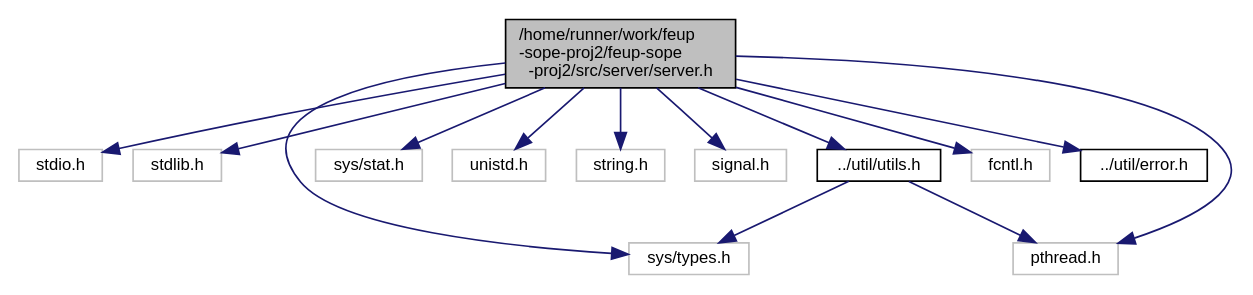
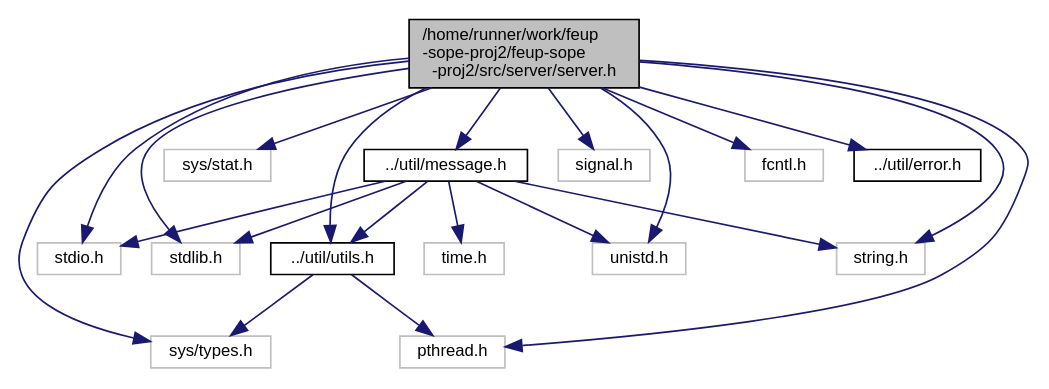
The diagram in server_8h__incl.dot (ctrlMarcio/feup-sope-proj2), drawn with Graphviz before and after one commit. The commit also changed 35 other files, not shown here.

```diff
--- a/server_8h__incl.dot
+++ b/server_8h__incl.dot
@@ -1,30 +1,39 @@
 digraph "/home/runner/work/feup-sope-proj2/feup-sope-proj2/src/server/server.h"
 {
   edge [fontname="Helvetica",fontsize="10",labelfontname="Helvetica",labelfontsize="10"];
   node [fontname="Helvetica",fontsize="10",shape=record];
   Node0 [label="/home/runner/work/feup\l-sope-proj2/feup-sope\l-proj2/src/server/server.h",height=0.2,width=0.4,color="black", fillcolor="grey75", style="filled", fontcolor="black"];
   Node0 -> Node1 [color="midnightblue",fontsize="10",style="solid",fontname="Helvetica"];
   Node1 [label="stdio.h",height=0.2,width=0.4,color="grey75", fillcolor="white", style="filled"];
   Node0 -> Node2 [color="midnightblue",fontsize="10",style="solid",fontname="Helvetica"];
   Node2 [label="stdlib.h",height=0.2,width=0.4,color="grey75", fillcolor="white", style="filled"];
   Node0 -> Node3 [color="midnightblue",fontsize="10",style="solid",fontname="Helvetica"];
   Node3 [label="sys/types.h",height=0.2,width=0.4,color="grey75", fillcolor="white", style="filled"];
   Node0 -> Node4 [color="midnightblue",fontsize="10",style="solid",fontname="Helvetica"];
   Node4 [label="sys/stat.h",height=0.2,width=0.4,color="grey75", fillcolor="white", style="filled"];
   Node0 -> Node5 [color="midnightblue",fontsize="10",style="solid",fontname="Helvetica"];
   Node5 [label="unistd.h",height=0.2,width=0.4,color="grey75", fillcolor="white", style="filled"];
   Node0 -> Node6 [color="midnightblue",fontsize="10",style="solid",fontname="Helvetica"];
   Node6 [label="string.h",height=0.2,width=0.4,color="grey75", fillcolor="white", style="filled"];
   Node0 -> Node7 [color="midnightblue",fontsize="10",style="solid",fontname="Helvetica"];
   Node7 [label="signal.h",height=0.2,width=0.4,color="grey75", fillcolor="white", style="filled"];
   Node0 -> Node8 [color="midnightblue",fontsize="10",style="solid",fontname="Helvetica"];
   Node8 [label="pthread.h",height=0.2,width=0.4,color="grey75", fillcolor="white", style="filled"];
   Node0 -> Node9 [color="midnightblue",fontsize="10",style="solid",fontname="Helvetica"];
   Node9 [label="fcntl.h",height=0.2,width=0.4,color="grey75", fillcolor="white", style="filled"];
   Node0 -> Node10 [color="midnightblue",fontsize="10",style="solid",fontname="Helvetica"];
   Node10 [label="../util/error.h",height=0.2,width=0.4,color="black", fillcolor="white", style="filled",URL="$error_8h.html",tooltip="Defines the possible errors. "];
   Node0 -> Node11 [color="midnightblue",fontsize="10",style="solid",fontname="Helvetica"];
   Node11 [label="../util/utils.h",height=0.2,width=0.4,color="black", fillcolor="white", style="filled",URL="$utils_8h_source.html"];
   Node11 -> Node3 [color="midnightblue",fontsize="10",style="solid",fontname="Helvetica"];
   Node11 -> Node8 [color="midnightblue",fontsize="10",style="solid",fontname="Helvetica"];
+  Node0 -> Node12 [color="midnightblue",fontsize="10",style="solid",fontname="Helvetica"];
+  Node12 [label="../util/message.h",height=0.2,width=0.4,color="black", fillcolor="white", style="filled",URL="$message_8h_source.html"];
+  Node12 -> Node1 [color="midnightblue",fontsize="10",style="solid",fontname="Helvetica"];
+  Node12 -> Node2 [color="midnightblue",fontsize="10",style="solid",fontname="Helvetica"];
+  Node12 -> Node5 [color="midnightblue",fontsize="10",style="solid",fontname="Helvetica"];
+  Node12 -> Node13 [color="midnightblue",fontsize="10",style="solid",fontname="Helvetica"];
+  Node13 [label="time.h",height=0.2,width=0.4,color="grey75", fillcolor="white", style="filled"];
+  Node12 -> Node6 [color="midnightblue",fontsize="10",style="solid",fontname="Helvetica"];
+  Node12 -> Node11 [color="midnightblue",fontsize="10",style="solid",fontname="Helvetica"];
 }
```
